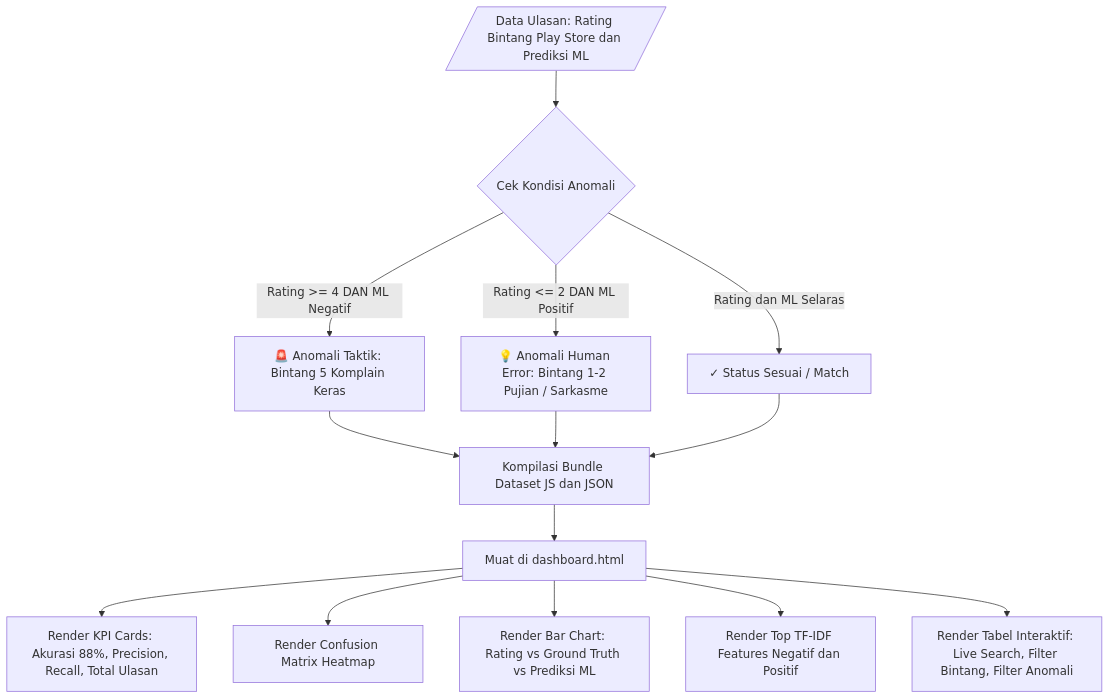
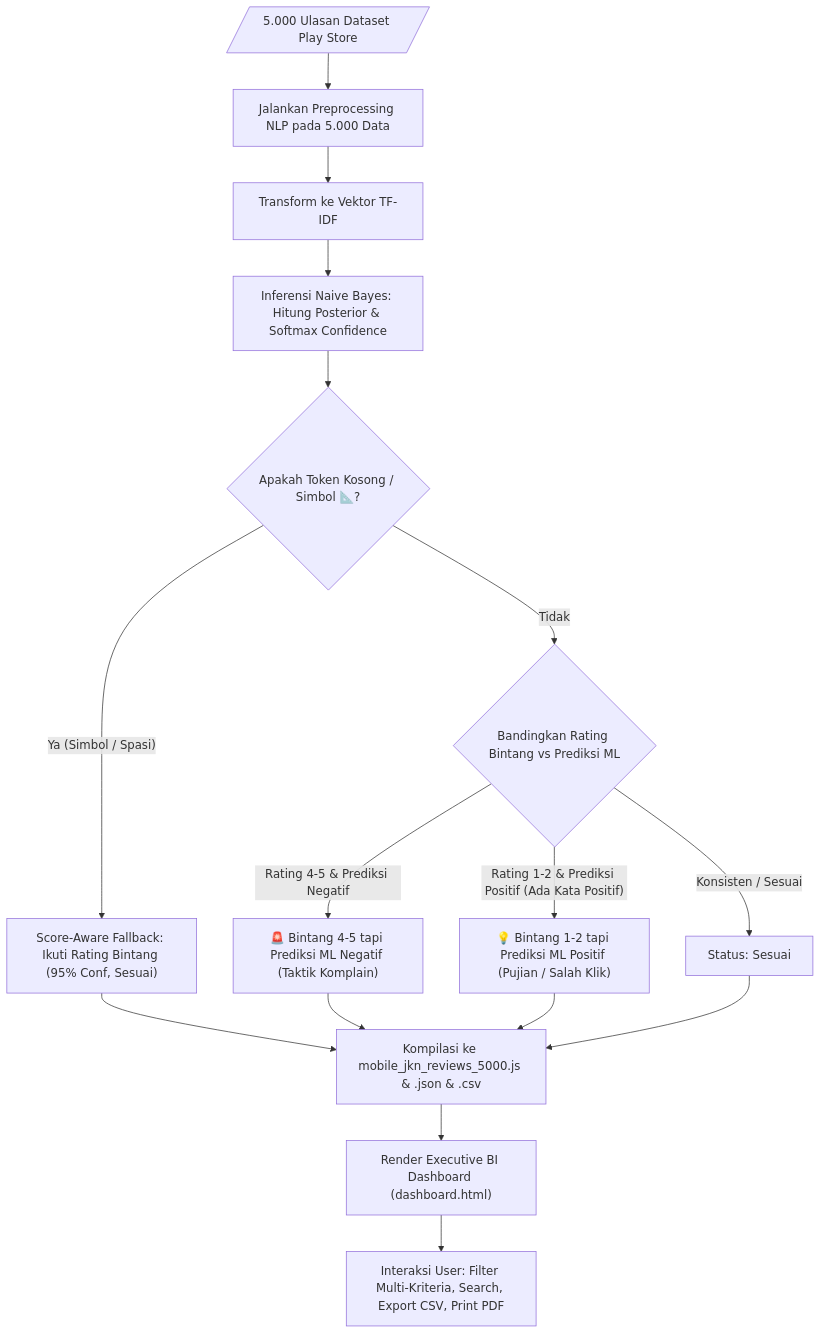
The fifth of 5 diagrams in docs/flowchart.md (presidendjakarta/Binus-s2-Business-Intelligence-and-Analytics-TK), drawn with Mermaid before and after one commit. The commit also changed other lines of this file and 28 other files, not shown here.

Commit message:
refactor: focus project purely on Multinomial Naive Bayes pipeline and clean up extraneous LLM components

````diff
--- a/docs/flowchart.md
+++ b/docs/flowchart.md
@@ -111,19 +113,22 @@
 ```mermaid
 flowchart TD
-    ReviewInput[/"Data Ulasan: Rating Bintang Play Store dan Prediksi ML"/] --> CheckAnomaly{"Cek Kondisi Anomali"}
+    Full5000[/"5.000 Ulasan Dataset Play Store"/] --> PreprocessAll["Jalankan Preprocessing NLP pada 5.000 Data"]
+    PreprocessAll --> VectorizeAll["Transform ke Vektor TF-IDF"]
+    VectorizeAll --> PredictProba["Inferensi Naive Bayes: Hitung Posterior & Softmax Confidence"]
     
-    CheckAnomaly -- "Rating >= 4 DAN ML Negatif" --> AnomalyHigh["🚨 Anomali Taktik: Bintang 5 Komplain Keras"]
-    CheckAnomaly -- "Rating <= 2 DAN ML Positif" --> AnomalyLow["💡 Anomali Human Error: Bintang 1-2 Pujian / Sarkasme"]
-    CheckAnomaly -- "Rating dan ML Selaras" --> MatchStatus["✓ Status Sesuai / Match"]
+    PredictProba --> CheckTokenLength{"Apakah Token Kosong / Simbol 📐?"}
+    CheckTokenLength -- "Ya (Simbol / Spasi)" --> FallbackScore["Score-Aware Fallback: Ikuti Rating Bintang (95% Conf, Sesuai)"]
+    CheckTokenLength -- "Tidak" --> CheckAnomaly{"Bandingkan Rating Bintang vs Prediksi ML"}
     
-    AnomalyHigh --> BundleData["Kompilasi Bundle Dataset JS dan JSON"]
-    AnomalyLow --> BundleData
-    MatchStatus --> BundleData
+    CheckAnomaly -- "Rating 4-5 & Prediksi Negatif" --> Anomaly1["🚨 Bintang 4-5 tapi Prediksi ML Negatif (Taktik Komplain)"]
+    CheckAnomaly -- "Rating 1-2 & Prediksi Positif (Ada Kata Positif)" --> Anomaly2["💡 Bintang 1-2 tapi Prediksi ML Positif (Pujian / Salah Klik)"]
+    CheckAnomaly -- "Konsisten / Sesuai" --> Match["Status: Sesuai"]
     
-    BundleData --> RenderDashboard["Muat di dashboard.html"]
-    RenderDashboard --> CardMetrics["Render KPI Cards: Akurasi 88%, Precision, Recall, Total Ulasan"]
-    RenderDashboard --> ChartMatrix["Render Confusion Matrix Heatmap"]
-    RenderDashboard --> ChartComp["Render Bar Chart: Rating vs Ground Truth vs Prediksi ML"]
-    RenderDashboard --> ChartKeywords["Render Top TF-IDF Features Negatif dan Positif"]
-    RenderDashboard --> DataTable["Render Tabel Interaktif: Live Search, Filter Bintang, Filter Anomali"]
+    FallbackScore --> SavePayload["Kompilasi ke mobile_jkn_reviews_5000.js & .json & .csv"]
+    Anomaly1 --> SavePayload
+    Anomaly2 --> SavePayload
+    Match --> SavePayload
+    
+    SavePayload --> RenderDashboard["Render Executive BI Dashboard (dashboard.html)"]
+    RenderDashboard --> UserInteract["Interaksi User: Filter Multi-Kriteria, Search, Export CSV, Print PDF"]
 ```
````
